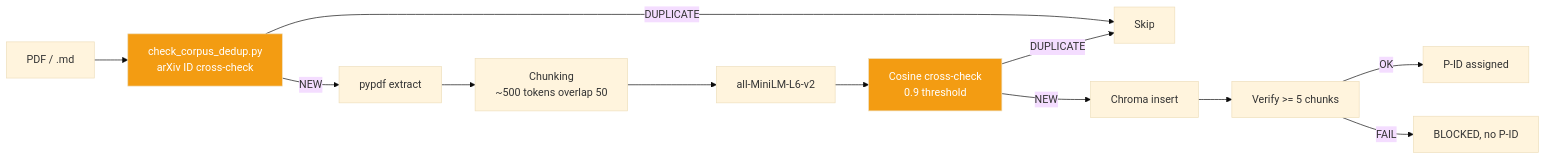
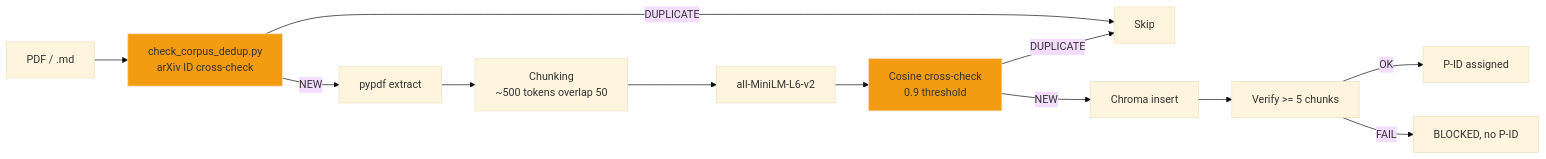
Before and after one commit to mo0ogly/llm_robot_medical: the diagram in wiki/docs/rag/index.en.md, drawn with Mermaid (base theme). The commit also changed 860 other files, not shown here.

````diff
--- a/wiki/docs/rag/index.en.md
+++ b/wiki/docs/rag/index.en.md
@@ -38,17 +38,17 @@
 ```mermaid
 flowchart LR
     PDF["PDF / .md"] --> CHECK["check_corpus_dedup.py<br/>arXiv ID cross-check"]
     CHECK -->|"NEW"| EXTRACT["pypdf extract"]
     CHECK -->|"DUPLICATE"| STOP["Skip"]
     EXTRACT --> CHUNK["Chunking<br/>~500 tokens overlap 50"]
     CHUNK --> EMBED["all-MiniLM-L6-v2"]
     EMBED --> COSINE["Cosine cross-check<br/>0.9 threshold"]
     COSINE -->|"NEW"| INJECT["Chroma insert"]
     COSINE -->|"DUPLICATE"| STOP
     INJECT --> VERIFY["Verify >= 5 chunks"]
     VERIFY -->|"OK"| DONE["P-ID assigned"]
     VERIFY -->|"FAIL"| BLOCKED["BLOCKED, no P-ID"]
 
-    style CHECK fill:#f39c12,color:#fff
-    style COSINE fill:#f39c12,color:#fff
+    style CHECK fill:#f39c12
+    style COSINE fill:#f39c12
 ```
````
